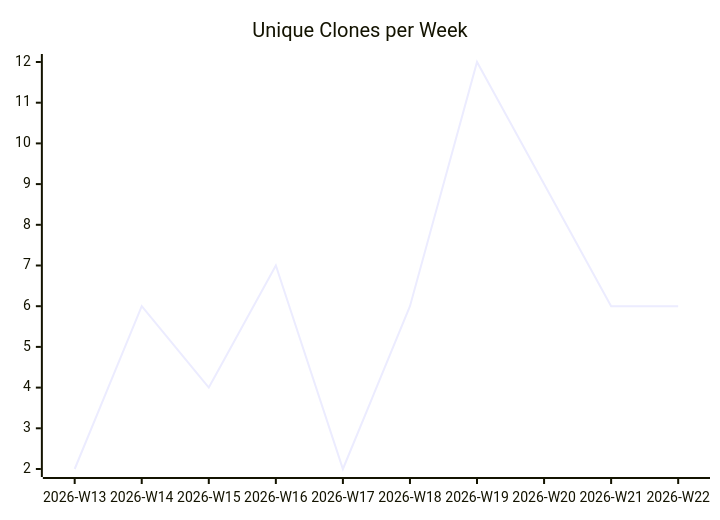
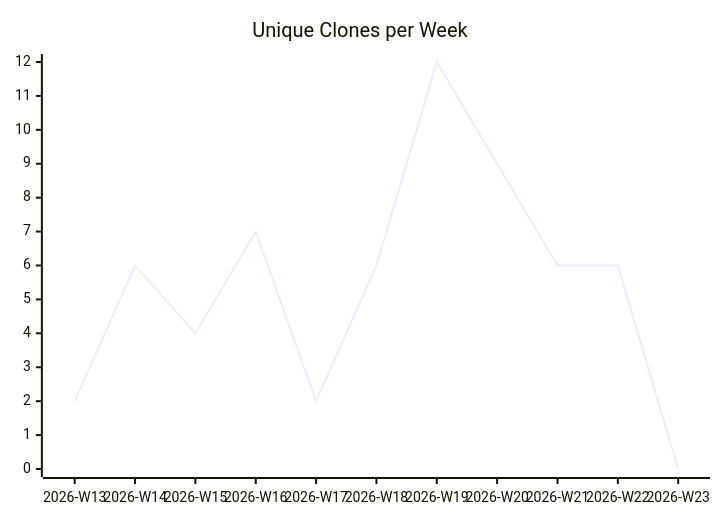
The third of 3 diagrams in karlmdavis/obsidian-operator/README.md (justdavis-family/github-analytics-data), drawn with Mermaid before and after one commit. The commit also changed other lines of this file and 186 other files, not shown here.

````diff
--- a/karlmdavis/obsidian-operator/README.md
+++ b/karlmdavis/obsidian-operator/README.md
@@ -19,6 +19,6 @@
 ```mermaid
 xychart-beta
   title "Unique Clones per Week"
-  x-axis ["2026-W13", "2026-W14", "2026-W15", "2026-W16", "2026-W17", "2026-W18", "2026-W19", "2026-W20", "2026-W21", "2026-W22"]
-  line [2, 6, 4, 7, 2, 6, 12, 9, 6, 6]
+  x-axis ["2026-W13", "2026-W14", "2026-W15", "2026-W16", "2026-W17", "2026-W18", "2026-W19", "2026-W20", "2026-W21", "2026-W22", "2026-W23"]
+  line [2, 6, 4, 7, 2, 6, 12, 9, 6, 6, 0]
 ```
````
